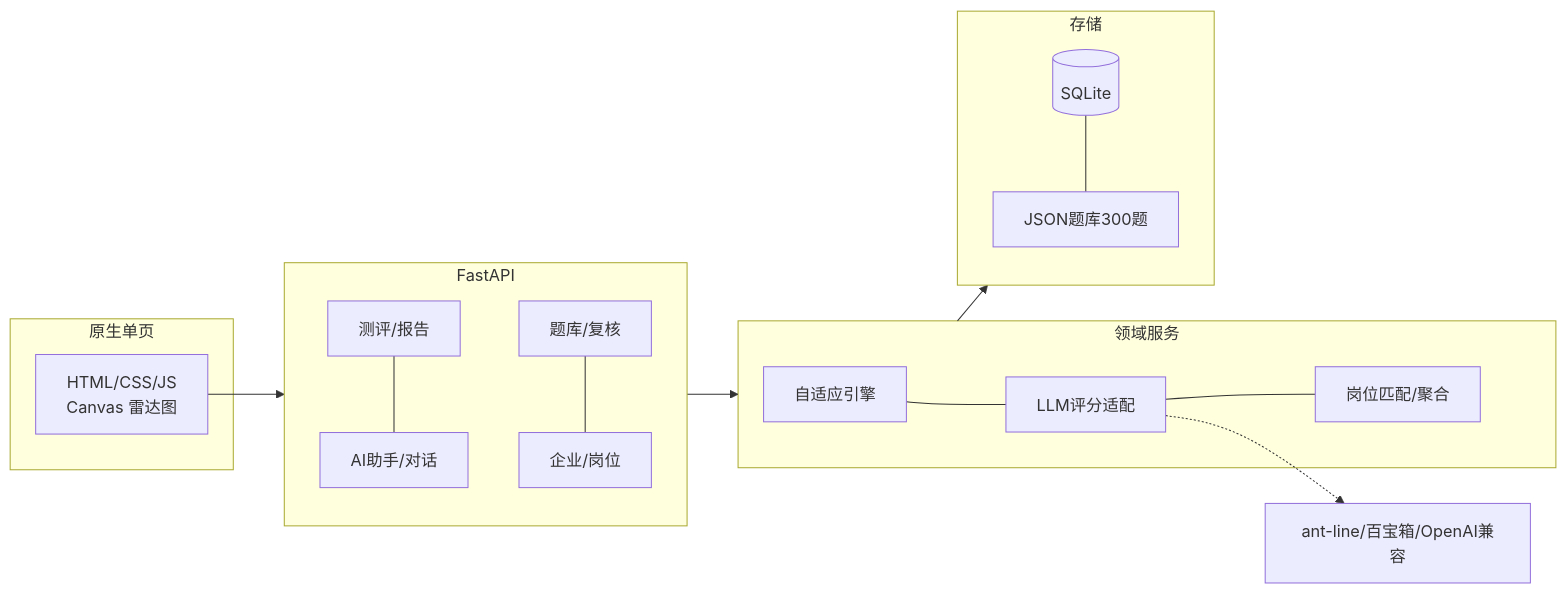
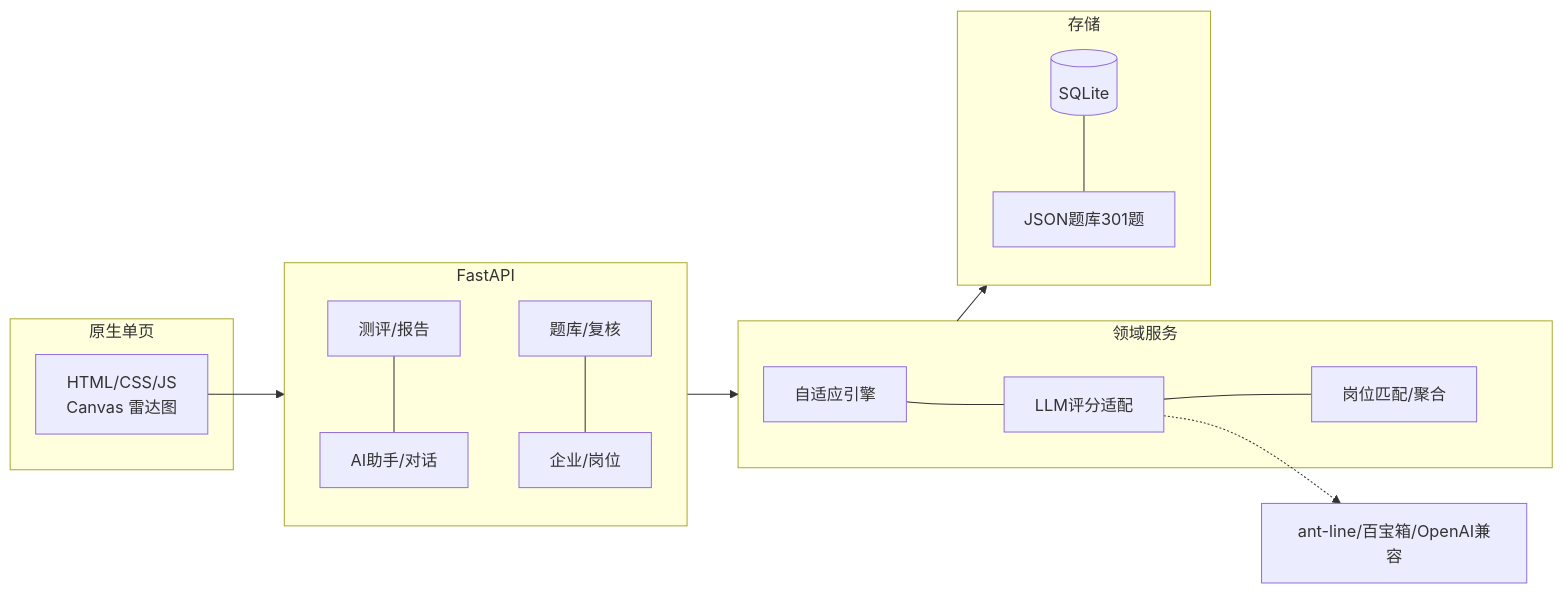
Before and after one commit to Artaue-284/a01-ai-ability-assessment: the first of 3 diagrams in 提交材料/PPT初稿_技术演示.md, drawn with Mermaid. The commit also changed other lines of this file and 23 other files, not shown here.

````diff
--- a/提交材料/PPT初稿_技术演示.md
+++ b/提交材料/PPT初稿_技术演示.md
@@ -47,19 +47,19 @@
 ```mermaid
 flowchart LR
     subgraph 前端[原生单页]
       UI[HTML/CSS/JS<br/>Canvas 雷达图]
     end
     subgraph API[FastAPI]
       R1[测评/报告] --- R2[AI助手/对话]
       R3[题库/复核] --- R4[企业/岗位]
     end
     subgraph 服务[领域服务]
       D1[自适应引擎] --- D2[LLM评分适配]
       D2 --- D3[岗位匹配/聚合]
     end
     subgraph 存储
-      DB[(SQLite)] --- QB[JSON题库300题]
+      DB[(SQLite)] --- QB[JSON题库301题]
     end
     UI --> API --> 服务 --> 存储
     D2 -.-> LLM[ant-line/百宝箱/OpenAI兼容]
 ```
````
